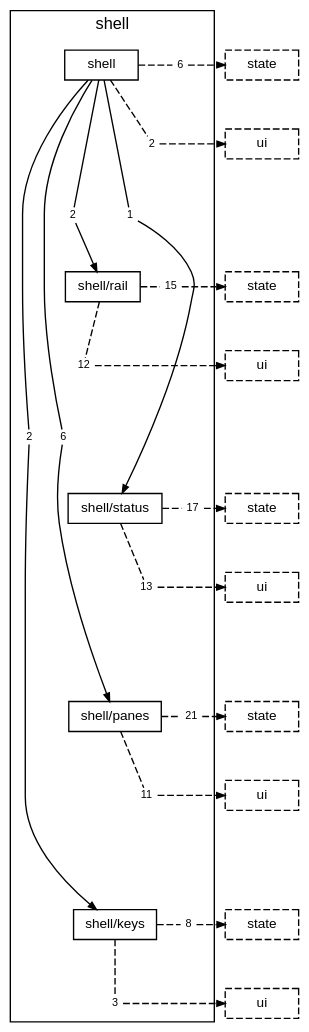
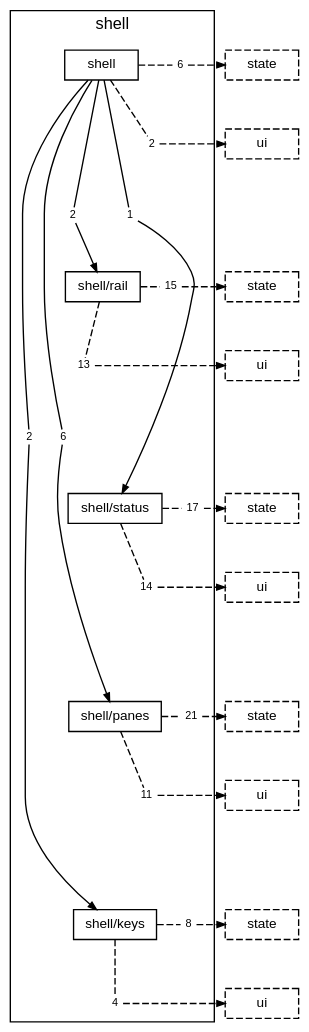
One commit to TheAxeC/oculus changed the diagram in docs/diagrams/layer-shell.dot. Above: the diagram before and after it, drawn with Graphviz. The commit also changed 26 other files, not shown here.

```diff
--- a/docs/diagrams/layer-shell.dot
+++ b/docs/diagrams/layer-shell.dot
@@ -1,79 +1,79 @@
 digraph layer_shell {
     graph [bgcolor="transparent", rankdir=TB, newrank=true, fontname="Helvetica,Arial,sans-serif", fontsize=12, nodesep=0.2, ranksep=0.5];
     node [shape=box, color="black", fontcolor="black", fontname="Helvetica,Arial,sans-serif", fontsize=10, height=0.3, margin="0.12,0.04"];
     edge [color="black", fontcolor="black", fontname="Helvetica,Arial,sans-serif", fontsize=8, arrowsize=0.6];
     subgraph "cluster_shell" {
         label="shell"; style=solid;
         "folder shell" [label="shell"];
         "folder shell/rail" [label="shell/rail"];
         "folder shell/status" [label="shell/status"];
         "folder shell/panes" [label="shell/panes"];
         "folder shell/keys" [label="shell/keys"];
         "folder shell to folder shell/keys" [label="2", shape=box, color="transparent", fontsize=8, width=0, height=0, margin="0.04,0.02"];
         "folder shell to folder shell/panes" [label="6", shape=box, color="transparent", fontsize=8, width=0, height=0, margin="0.04,0.02"];
         "folder shell to folder shell/rail" [label="2", shape=box, color="transparent", fontsize=8, width=0, height=0, margin="0.04,0.02"];
         "folder shell to folder shell/status" [label="1", shape=box, color="transparent", fontsize=8, width=0, height=0, margin="0.04,0.02"];
         "folder shell to layer state" [label="6", shape=box, color="transparent", fontsize=8, width=0, height=0, margin="0.04,0.02"];
         "folder shell to layer ui" [label="2", shape=box, color="transparent", fontsize=8, width=0, height=0, margin="0.04,0.02"];
         "folder shell/rail to layer state" [label="15", shape=box, color="transparent", fontsize=8, width=0, height=0, margin="0.04,0.02"];
-        "folder shell/rail to layer ui" [label="12", shape=box, color="transparent", fontsize=8, width=0, height=0, margin="0.04,0.02"];
+        "folder shell/rail to layer ui" [label="13", shape=box, color="transparent", fontsize=8, width=0, height=0, margin="0.04,0.02"];
         "folder shell/status to layer state" [label="17", shape=box, color="transparent", fontsize=8, width=0, height=0, margin="0.04,0.02"];
-        "folder shell/status to layer ui" [label="13", shape=box, color="transparent", fontsize=8, width=0, height=0, margin="0.04,0.02"];
+        "folder shell/status to layer ui" [label="14", shape=box, color="transparent", fontsize=8, width=0, height=0, margin="0.04,0.02"];
         "folder shell/panes to layer state" [label="21", shape=box, color="transparent", fontsize=8, width=0, height=0, margin="0.04,0.02"];
         "folder shell/panes to layer ui" [label="11", shape=box, color="transparent", fontsize=8, width=0, height=0, margin="0.04,0.02"];
         "folder shell/keys to layer state" [label="8", shape=box, color="transparent", fontsize=8, width=0, height=0, margin="0.04,0.02"];
-        "folder shell/keys to layer ui" [label="3", shape=box, color="transparent", fontsize=8, width=0, height=0, margin="0.04,0.02"];
+        "folder shell/keys to layer ui" [label="4", shape=box, color="transparent", fontsize=8, width=0, height=0, margin="0.04,0.02"];
     }
     "layer state from folder shell" [label="state", style=dashed];
     "layer ui from folder shell" [label="ui", style=dashed];
     "layer state from folder shell/rail" [label="state", style=dashed];
     "layer ui from folder shell/rail" [label="ui", style=dashed];
     "layer state from folder shell/status" [label="state", style=dashed];
     "layer ui from folder shell/status" [label="ui", style=dashed];
     "layer state from folder shell/panes" [label="state", style=dashed];
     "layer ui from folder shell/panes" [label="ui", style=dashed];
     "layer state from folder shell/keys" [label="state", style=dashed];
     "layer ui from folder shell/keys" [label="ui", style=dashed];
     "folder shell" -> "folder shell/rail" [style=invis, weight=10, minlen=3];
     "folder shell/rail" -> "folder shell/status" [style=invis, weight=10, minlen=3];
     "folder shell/status" -> "folder shell/panes" [style=invis, weight=10, minlen=3];
     "folder shell/panes" -> "folder shell/keys" [style=invis, weight=10, minlen=3];
     "folder shell" -> "folder shell to folder shell/keys" [arrowhead=none, minlen=5, weight=10];
     "folder shell to folder shell/keys" -> "folder shell/keys" [];
     "folder shell" -> "folder shell to folder shell/panes" [arrowhead=none, minlen=5, weight=10];
     "folder shell to folder shell/panes" -> "folder shell/panes" [];
     "folder shell" -> "folder shell to folder shell/rail" [arrowhead=none, minlen=2, weight=10];
     "folder shell to folder shell/rail" -> "folder shell/rail" [];
     "folder shell" -> "folder shell to folder shell/status" [arrowhead=none, minlen=2, weight=10];
     "folder shell to folder shell/status" -> "folder shell/status" [];
     "folder shell" -> "folder shell to layer state" [arrowhead=none, style=dashed];
     "folder shell to layer state" -> "layer state from folder shell" [style=dashed];
     { rank=same; "folder shell"; "folder shell to layer state"; "layer state from folder shell"; }
     "folder shell" -> "folder shell to layer ui" [arrowhead=none, style=dashed, minlen=1, weight=10];
     "folder shell to layer ui" -> "layer ui from folder shell" [style=dashed];
     { rank=same; "folder shell to layer ui"; "layer ui from folder shell"; }
     "folder shell/rail" -> "folder shell/rail to layer state" [arrowhead=none, style=dashed];
     "folder shell/rail to layer state" -> "layer state from folder shell/rail" [style=dashed];
     { rank=same; "folder shell/rail"; "folder shell/rail to layer state"; "layer state from folder shell/rail"; }
     "folder shell/rail" -> "folder shell/rail to layer ui" [arrowhead=none, style=dashed, minlen=1, weight=10];
     "folder shell/rail to layer ui" -> "layer ui from folder shell/rail" [style=dashed];
     { rank=same; "folder shell/rail to layer ui"; "layer ui from folder shell/rail"; }
     "folder shell/status" -> "folder shell/status to layer state" [arrowhead=none, style=dashed];
     "folder shell/status to layer state" -> "layer state from folder shell/status" [style=dashed];
     { rank=same; "folder shell/status"; "folder shell/status to layer state"; "layer state from folder shell/status"; }
     "folder shell/status" -> "folder shell/status to layer ui" [arrowhead=none, style=dashed, minlen=1, weight=10];
     "folder shell/status to layer ui" -> "layer ui from folder shell/status" [style=dashed];
     { rank=same; "folder shell/status to layer ui"; "layer ui from folder shell/status"; }
     "folder shell/panes" -> "folder shell/panes to layer state" [arrowhead=none, style=dashed];
     "folder shell/panes to layer state" -> "layer state from folder shell/panes" [style=dashed];
     { rank=same; "folder shell/panes"; "folder shell/panes to layer state"; "layer state from folder shell/panes"; }
     "folder shell/panes" -> "folder shell/panes to layer ui" [arrowhead=none, style=dashed, minlen=1, weight=10];
     "folder shell/panes to layer ui" -> "layer ui from folder shell/panes" [style=dashed];
     { rank=same; "folder shell/panes to layer ui"; "layer ui from folder shell/panes"; }
     "folder shell/keys" -> "folder shell/keys to layer state" [arrowhead=none, style=dashed];
     "folder shell/keys to layer state" -> "layer state from folder shell/keys" [style=dashed];
     { rank=same; "folder shell/keys"; "folder shell/keys to layer state"; "layer state from folder shell/keys"; }
     "folder shell/keys" -> "folder shell/keys to layer ui" [arrowhead=none, style=dashed, minlen=1, weight=10];
     "folder shell/keys to layer ui" -> "layer ui from folder shell/keys" [style=dashed];
     { rank=same; "folder shell/keys to layer ui"; "layer ui from folder shell/keys"; }
 }
```
